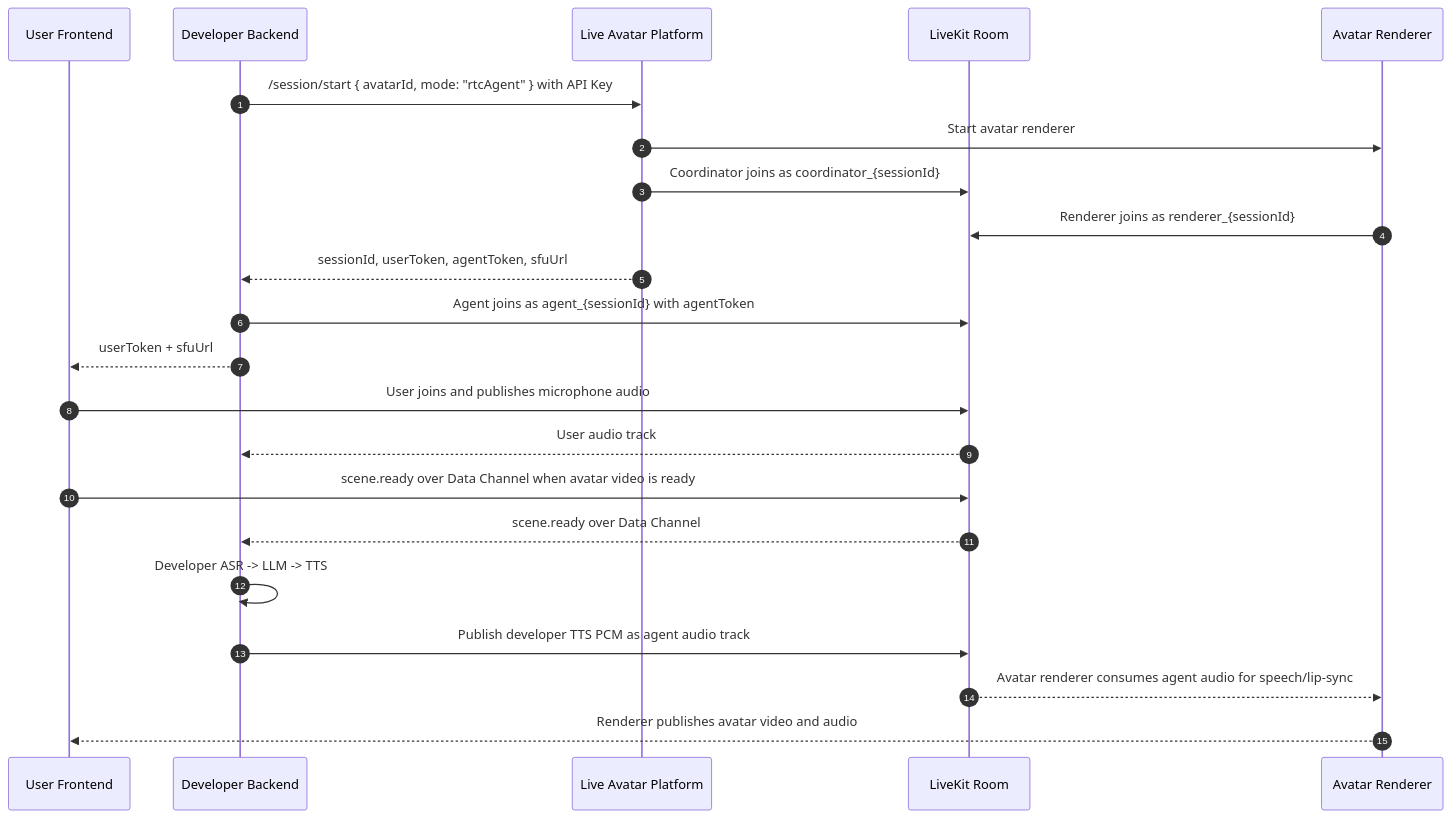
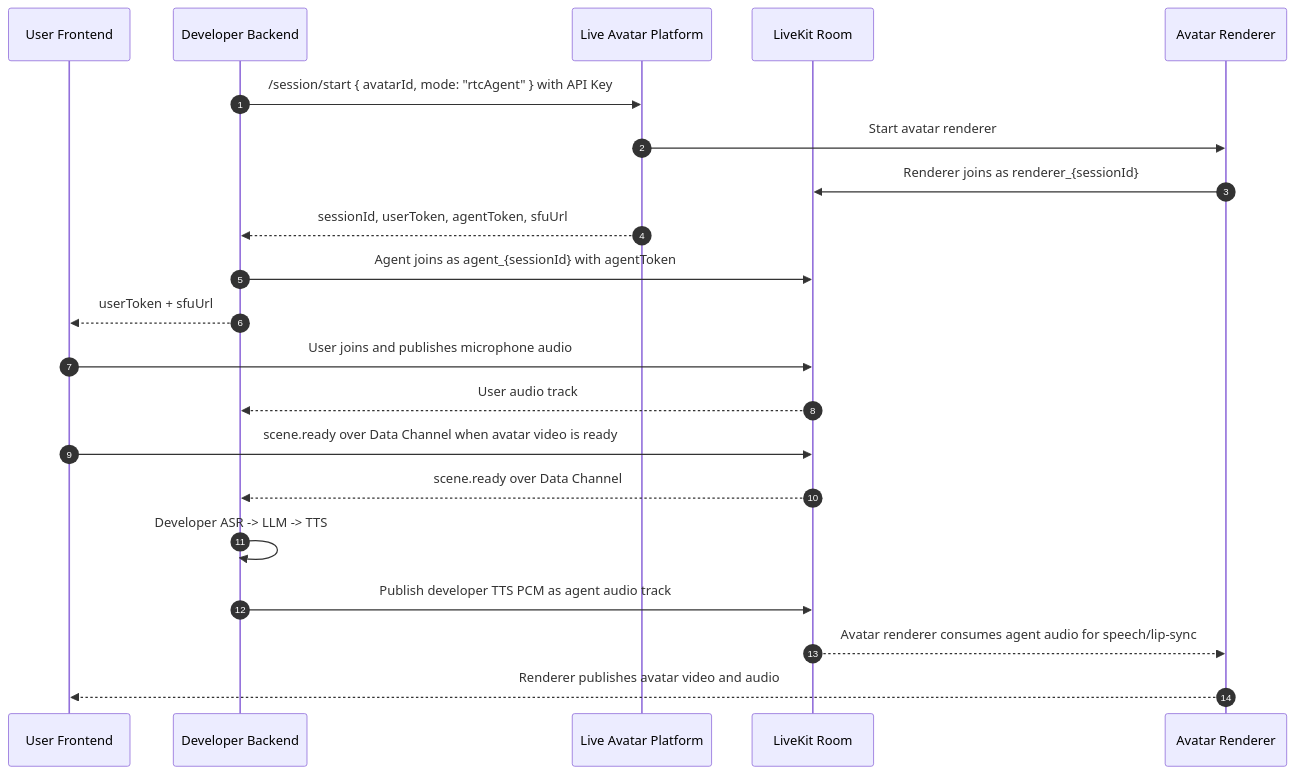
The diagram in PROTOCOL.md (newportAI-lab/liveavatar-platform-rtc-python), drawn with Mermaid before and after one commit. The commit also changed 3 other files, not shown here.

````diff
--- a/PROTOCOL.md
+++ b/PROTOCOL.md
@@ -15,25 +15,24 @@
 ```mermaid
 sequenceDiagram
     autonumber
     participant User as User Frontend
     participant Backend as Developer Backend
     participant Platform as Live Avatar Platform
     participant Room as LiveKit Room
     participant Avatar as Avatar Renderer
 
     Backend->>Platform: /session/start { avatarId, mode: "rtcAgent" } with API Key
     Platform->>Avatar: Start avatar renderer
-    Platform->>Room: Coordinator joins as coordinator_{sessionId}
     Avatar->>Room: Renderer joins as renderer_{sessionId}
     Platform-->>Backend: sessionId, userToken, agentToken, sfuUrl
     Backend->>Room: Agent joins as agent_{sessionId} with agentToken
     Backend-->>User: userToken + sfuUrl
     User->>Room: User joins and publishes microphone audio
     Room-->>Backend: User audio track
     User->>Room: scene.ready over Data Channel when avatar video is ready
     Room-->>Backend: scene.ready over Data Channel
     Backend->>Backend: Developer ASR -> LLM -> TTS
     Backend->>Room: Publish developer TTS PCM as agent audio track
     Room-->>Avatar: Avatar renderer consumes agent audio for speech/lip-sync
     Avatar-->>User: Renderer publishes avatar video and audio
 ```
````
